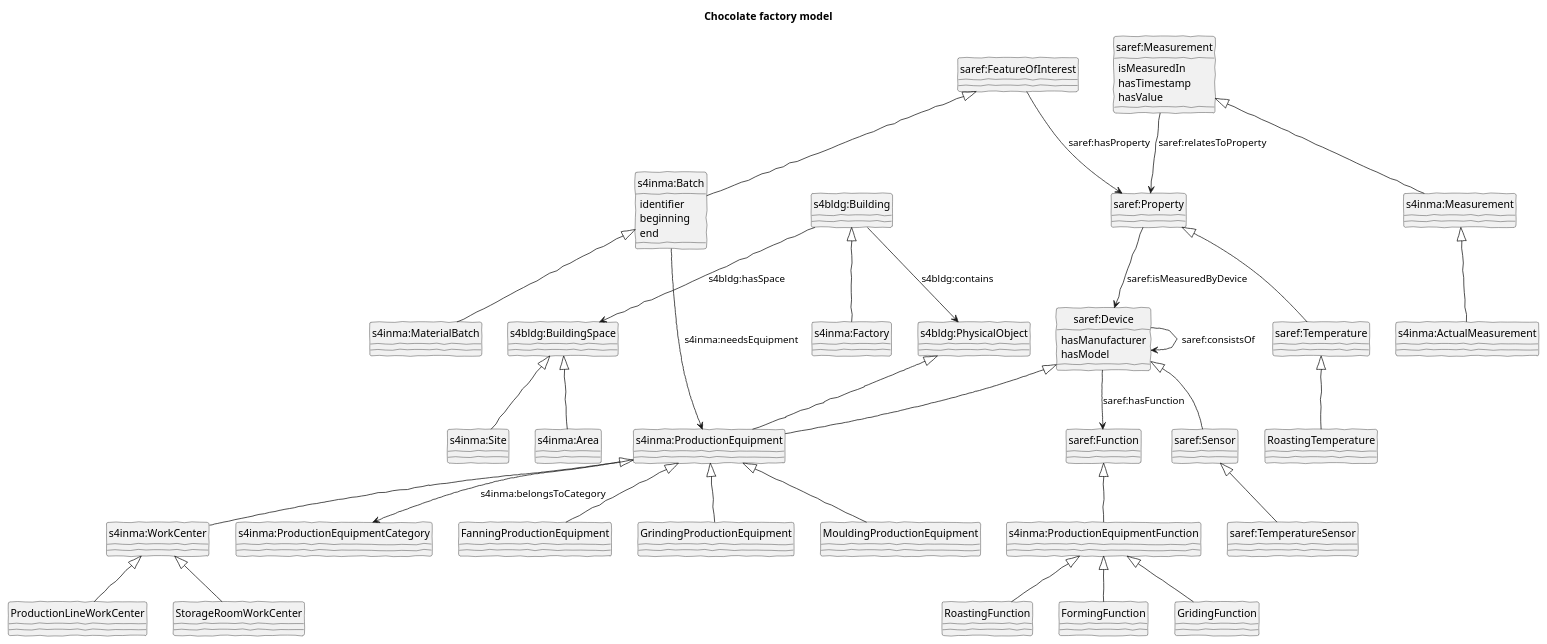
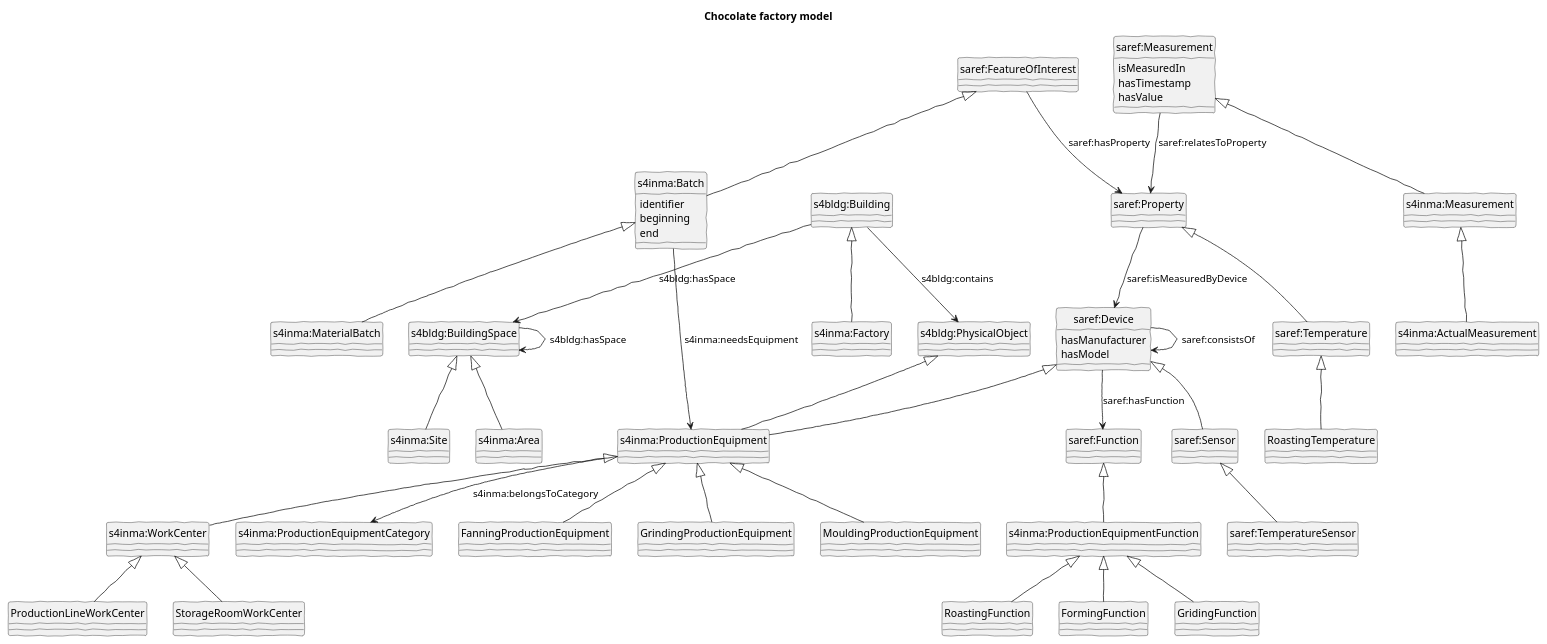
One commit to sgryphon/iot-demo-build changed the diagram in smart-factory/factory-line-twin/twin-model.puml. Above: the diagram before and after it, drawn with PlantUML. The commit also changed 14 other files, not shown here.

```diff
--- a/smart-factory/factory-line-twin/twin-model.puml
+++ b/smart-factory/factory-line-twin/twin-model.puml
@@ -1,120 +1,121 @@
 @startuml 
 
 title Chocolate factory model
 
 hide circle
 skinparam handwritten true
 skinparam useBetaStyle true
 
 ' SAREF core
 
 class "saref:Device" as device {
     hasManufacturer
     hasModel
 }
 class "saref:Function" as function
 device --> function : saref:hasFunction
 device --> device : saref:consistsOf
 
 class "saref:Sensor" as sensor
 class "saref:TemperatureSensor" as temperatureSensor
 device <|-- sensor
 sensor <|-- temperatureSensor
 
 class "saref:FeatureOfInterest" as feature
 
 class "saref:Property" as property
 class "saref:Temperature" as temperatureProperty
 property <|-- temperatureProperty
 
 feature --> property : saref:hasProperty
 property --> device : saref:isMeasuredByDevice
 'property --> device : saref:isControlledByDevice
 
 class "saref:Measurement" as measurement {
     isMeasuredIn
     hasTimestamp
     hasValue
 }
 
 measurement --> property : saref:relatesToProperty
 
 
 ' SAREF Building
 
 class "s4bldg:PhysicalObject" as physicalObject
 class "s4bldg:BuildingSpace" as space
 class "s4bldg:Building" as building
 
 building --> space : s4bldg:hasSpace
+space --> space : s4bldg:hasSpace
 
 building --> physicalObject : s4bldg:contains
 
 
 ' SAREF Manufacturing
 
 class "s4inma:Factory" as factory
 building <|-- factory
 
 class "s4inma:Site" as site
 class "s4inma:Area" as area
 space <|-- site
 space <|-- area
 
 class "s4inma:ProductionEquipment" as productionEquipment
 class "s4inma:WorkCenter" as workCenter
 
 physicalObject <|-- productionEquipment
 device <|-- productionEquipment
 productionEquipment <|-- workCenter
 
 class "s4inma:ProductionEquipmentFunction" as productionEquipmentFunction
 function <|-- productionEquipmentFunction
 
 class "s4inma:ProductionEquipmentCategory" as productionEquipmentCategory
 productionEquipment --> productionEquipmentCategory : s4inma:belongsToCategory
 
 class "s4inma:Batch" as batch {
     identifier
     beginning
     end
 }
 class "s4inma:MaterialBatch" as materialBatch
 feature <|-- batch
 batch <|-- materialBatch
 batch --> productionEquipment : s4inma:needsEquipment
 
 class "s4inma:Measurement" as inmaMeasurement
 class "s4inma:ActualMeasurement" as actualMeasurement
 measurement <|-- inmaMeasurement
 inmaMeasurement <|-- actualMeasurement
 
 
 ' Factory specific
 
 class "ProductionLineWorkCenter" as line
 class "StorageRoomWorkCenter" as store
 
 workCenter <|-- line
 workCenter <|-- store
 
 class "FanningProductionEquipment" as fan
 class "GrindingProductionEquipment" as grinder
 class "MouldingProductionEquipment" as mould
 
 productionEquipment <|-- fan
 productionEquipment <|-- grinder
 productionEquipment <|-- mould
 
 class FormingFunction
 class GridingFunction
 class RoastingFunction
 
 productionEquipmentFunction <|-- FormingFunction
 productionEquipmentFunction <|-- GridingFunction
 productionEquipmentFunction <|-- RoastingFunction
 
 class "RoastingTemperature" as roastingTemperatureProperty
 temperatureProperty <|-- roastingTemperatureProperty
 
 @enduml
```
